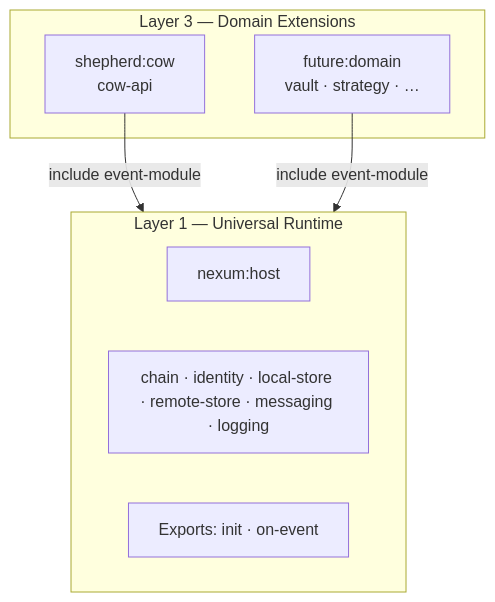
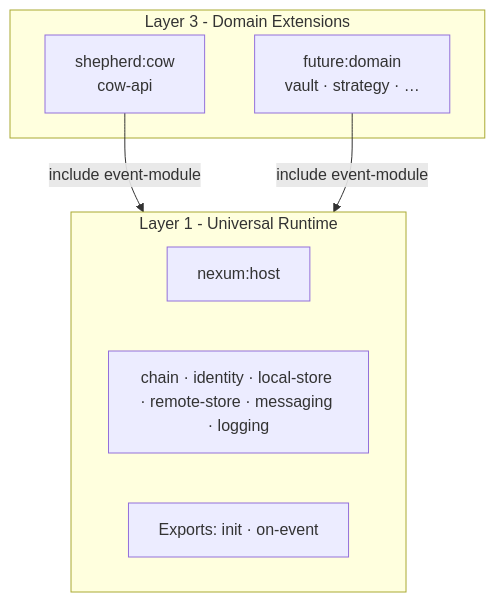
The second of 3 diagrams in docs/00-overview.md (bleu/nullis-shepherd), drawn with Mermaid before and after one commit. The commit also changed other lines of this file and 37 other files, not shown here.

````diff
--- a/docs/00-overview.md
+++ b/docs/00-overview.md
@@ -103,16 +103,16 @@
 ```mermaid
 graph TB
-    subgraph l3["Layer 3 — Domain Extensions"]
+    subgraph l3["Layer 3 - Domain Extensions"]
         cow["shepherd:cow\ncow-api"]
         other["future:domain\nvault · strategy · …"]
     end
 
-    subgraph l1["Layer 1 — Universal Runtime"]
+    subgraph l1["Layer 1 - Universal Runtime"]
         pkg["nexum:host"]
         ifaces["chain · identity · local-store · remote-store · messaging · logging"]
         exports["Exports: init · on-event"]
     end
 
     cow -->|include event-module| l1
     other -->|include event-module| l1
 ```
````
